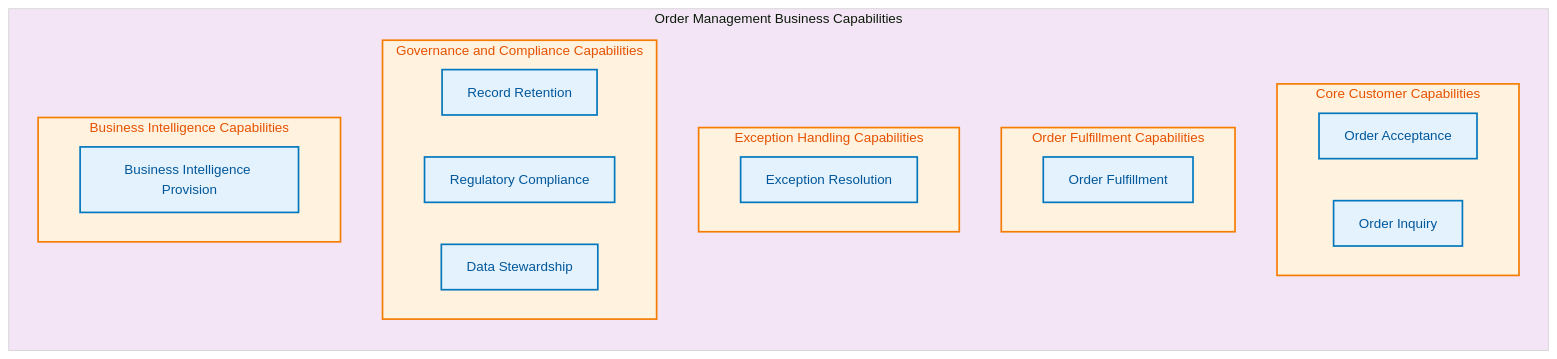
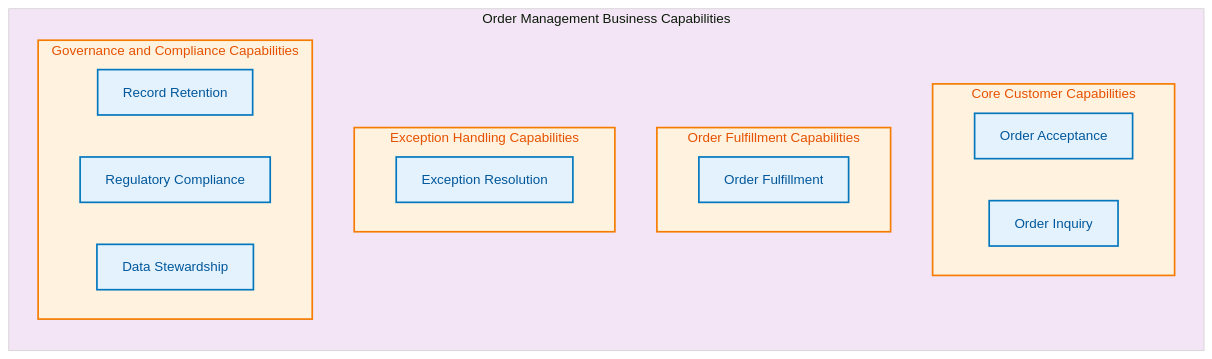
Before and after one commit to Evilazaro/Azure-LogicApps-Monitoring: the first of 7 diagrams in docs/architecture/01-business-architecture.md, drawn with Mermaid. The commit also changed other lines of this file, not shown here.

Commit message:
Refine Business Architecture document: enhance clarity in order management processes, update stakeholder expectations, and improve value stream definitions

````diff
--- a/docs/architecture/01-business-architecture.md
+++ b/docs/architecture/01-business-architecture.md
@@ -134,36 +134,32 @@
 ```mermaid
 %%{init: {'theme':'base', 'themeVariables': { 'primaryColor':'#e3f2fd','primaryTextColor':'#01579b','primaryBorderColor':'#0277bd','lineColor':'#0277bd','secondaryColor':'#fff3e0','tertiaryColor':'#f3e5f5'}}}%%
 flowchart TB
     subgraph "Order Management Business Capabilities"
         direction TB
 
         subgraph CORE["Core Customer Capabilities"]
             OA[Order Acceptance]
             OI[Order Inquiry]
         end
 
         subgraph FULFILLMENT["Order Fulfillment Capabilities"]
             OF[Order Fulfillment]
         end
 
         subgraph EXCEPTION["Exception Handling Capabilities"]
             ER[Exception Resolution]
         end
 
         subgraph GOVERNANCE["Governance and Compliance Capabilities"]
             RR[Record Retention]
             RC[Regulatory Compliance]
             DS[Data Stewardship]
         end
-
-        subgraph INTELLIGENCE["Business Intelligence Capabilities"]
-            BP[Business Intelligence Provision]
-        end
     end
 
     classDef bizCap fill:#e3f2fd,stroke:#0277bd,stroke-width:2px,color:#01579b
     classDef boundary fill:#fff3e0,stroke:#f57c00,stroke-width:2px,color:#e65100
 
-    class OA,OI,OF,ER,RR,RC,DS,BP bizCap
-    class CORE,FULFILLMENT,EXCEPTION,GOVERNANCE,INTELLIGENCE boundary
+    class OA,OI,OF,ER,RR,RC,DS bizCap
+    class CORE,FULFILLMENT,EXCEPTION,GOVERNANCE boundary
 ```
````
